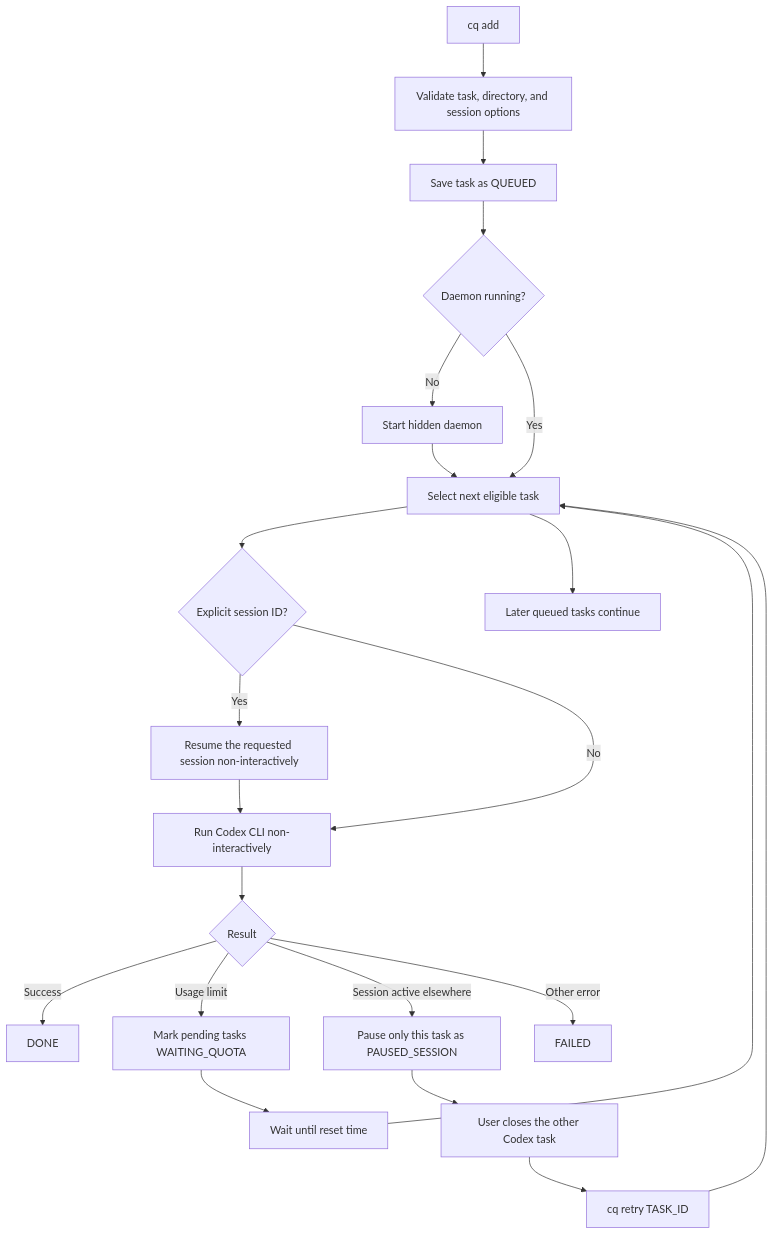
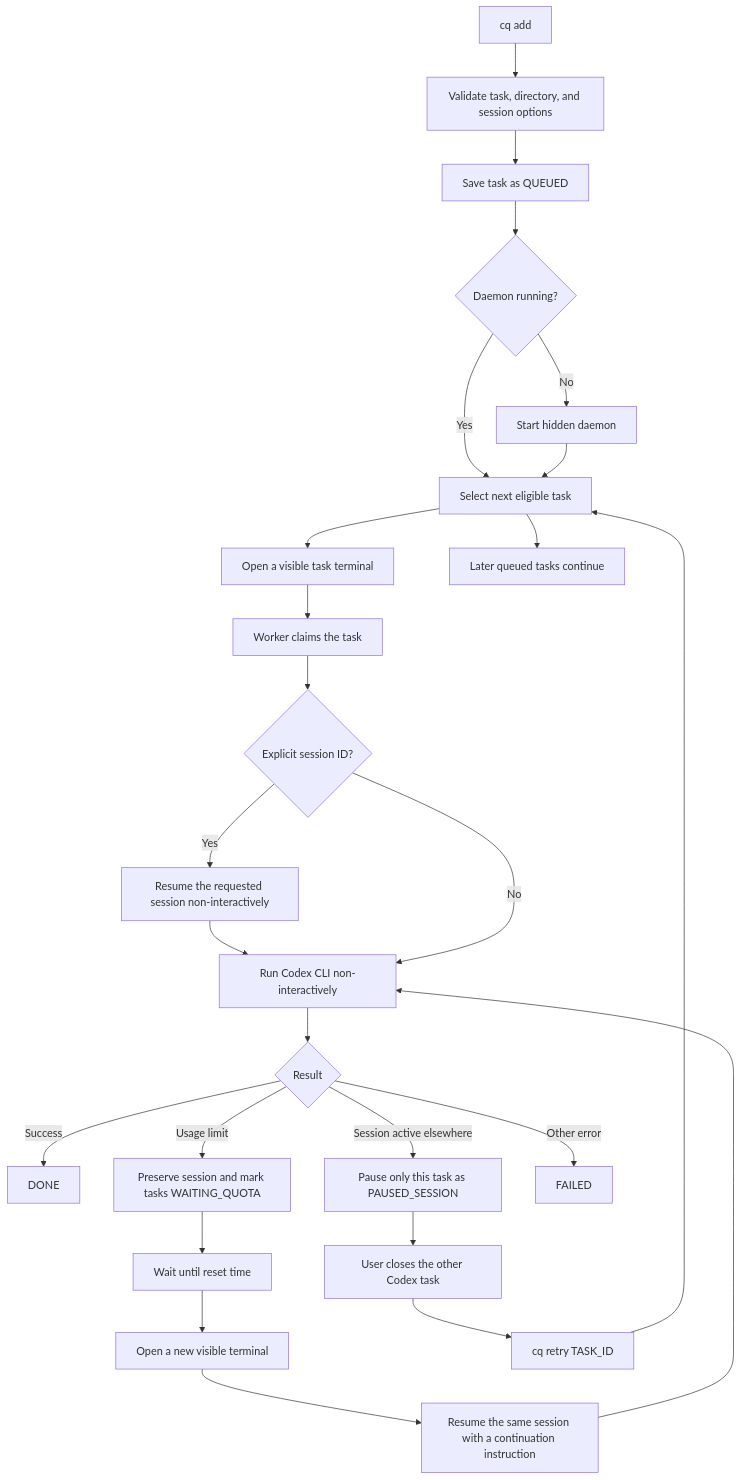
The diagram in README.md (Catcher1110/codex-queue), drawn with Mermaid before and after one commit. The commit also changed other lines of this file and 2 other files, not shown here.

````diff
--- a/README.md
+++ b/README.md
@@ -158,24 +177,28 @@
 ```mermaid
 flowchart TD
     A[cq add] --> B[Validate task, directory, and session options]
     B --> C[Save task as QUEUED]
     C --> D{Daemon running?}
     D -- No --> E[Start hidden daemon]
     D -- Yes --> F[Select next eligible task]
     E --> F
-    F --> G{Explicit session ID?}
+    F --> T[Open a visible task terminal]
+    T --> U[Worker claims the task]
+    U --> G{Explicit session ID?}
     G -- Yes --> R[Resume the requested session non-interactively]
     R --> H
     G -- No --> H[Run Codex CLI non-interactively]
     H --> I{Result}
     I -- Success --> J[DONE]
-    I -- Usage limit --> K[Mark pending tasks WAITING_QUOTA]
+    I -- Usage limit --> K[Preserve session and mark tasks WAITING_QUOTA]
     K --> L[Wait until reset time]
-    L --> F
+    L --> V[Open a new visible terminal]
+    V --> W[Resume the same session with a continuation instruction]
+    W --> H
     I -- Session active elsewhere --> M[Pause only this task as PAUSED_SESSION]
     M --> N[User closes the other Codex task]
     N --> O[cq retry TASK_ID]
     O --> F
     I -- Other error --> P[FAILED]
     F --> Q[Later queued tasks continue]
 ```
````
